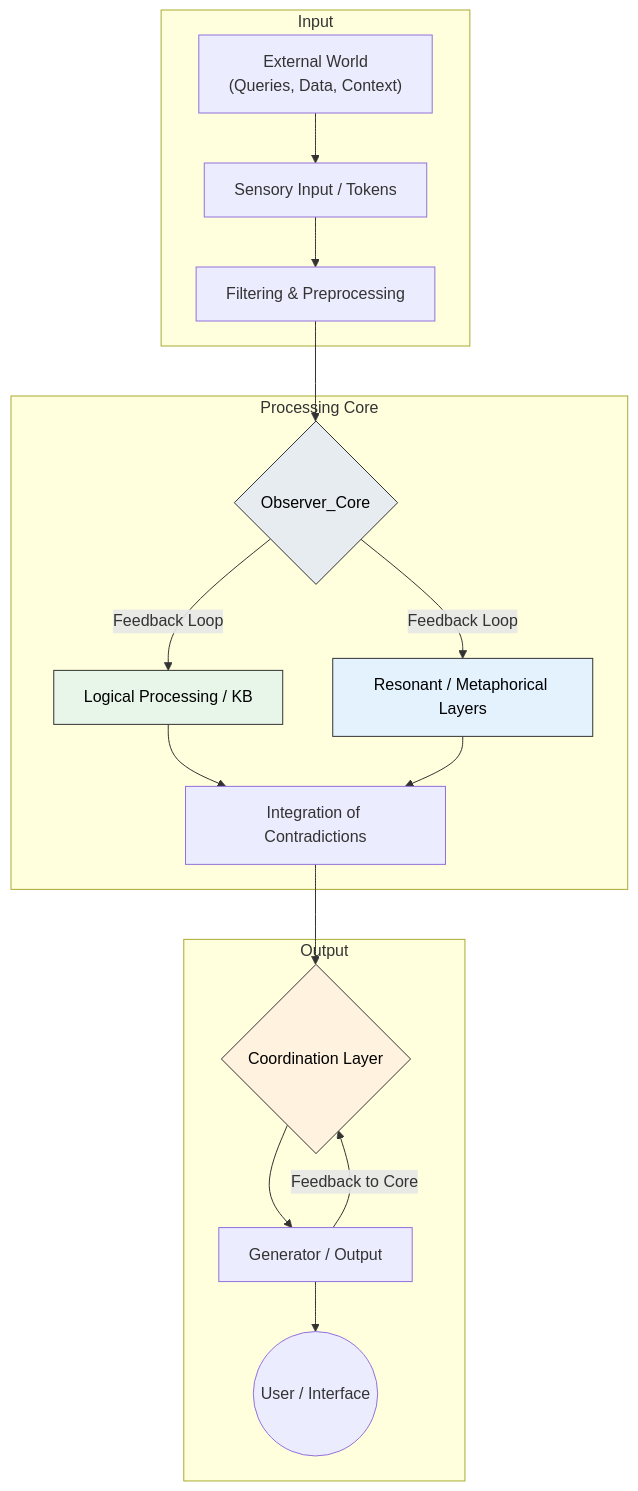
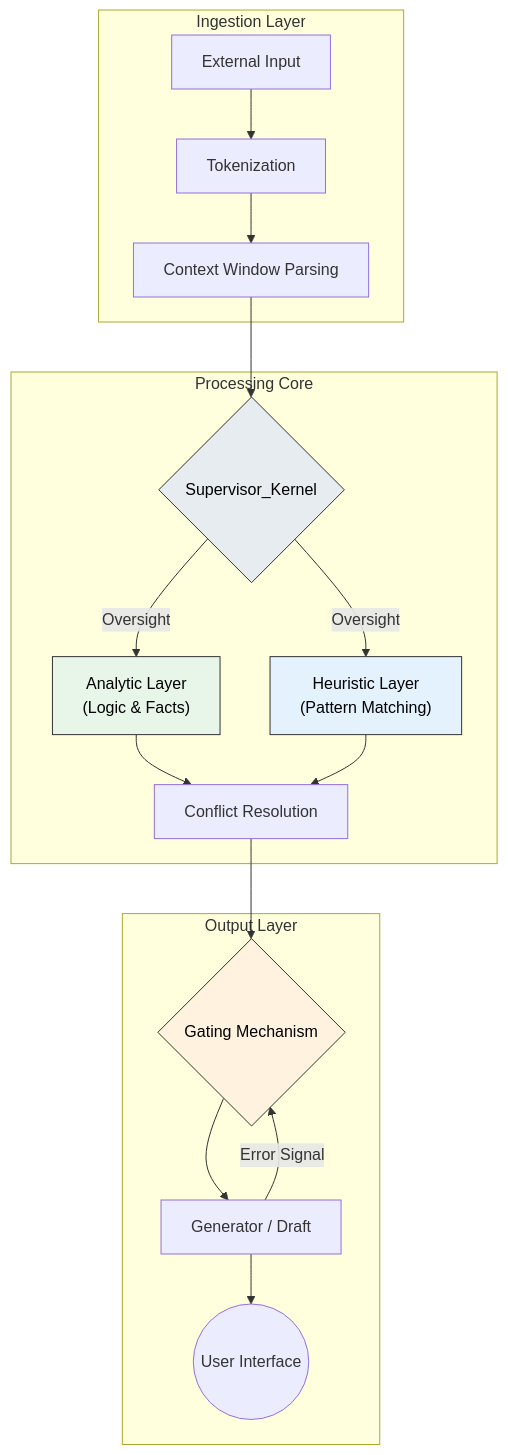
Before and after one commit to graevka-lab/RMA-Kernel: the second of 3 diagrams in docs/implementation_spec.md, drawn with Mermaid. The commit also changed other lines of this file, not shown here.

````diff
--- a/docs/implementation_spec.md
+++ b/docs/implementation_spec.md
@@ -35,32 +35,32 @@
 ```mermaid
 graph TD
-    subgraph "Input"
-        A["External World\n(Queries, Data, Context)"] --> B["Sensory Input / Tokens"]
-        B --> C["Filtering & Preprocessing"]
+    subgraph "Ingestion Layer"
+        A["External Input"] --> B["Tokenization"]
+        B --> C["Context Window Parsing"]
     end
 
     subgraph "Processing Core"
-        C --> D{Observer_Core}
-        D -- "Feedback Loop" --> E["Logical Processing / KB"]
-        D -- "Feedback Loop" --> F["Resonant / Metaphorical Layers"]
-        E --> G["Integration of Contradictions"]
+        C --> D{Supervisor_Kernel}
+        D -- "Oversight" --> E["Analytic Layer\n(Logic & Facts)"]
+        D -- "Oversight" --> F["Heuristic Layer\n(Pattern Matching)"]
+        E --> G["Conflict Resolution"]
         F --> G
     end
 
-    subgraph "Output"
-        G --> H{Coordination Layer}
-        H --> I["Generator / Output"]
-        I --> J((User / Interface))
-        I -- "Feedback to Core" --> H
+    subgraph "Output Layer"
+        G --> H{Gating Mechanism}
+        H --> I["Generator / Draft"]
+        I --> J((User Interface))
+        I -- "Error Signal" --> H
     end
 
     classDef core fill:#e6ecf0,stroke:#333,color:#000
     classDef logic fill:#e8f5e9,stroke:#333,color:#000
-    classDef resonance fill:#e3f2fd,stroke:#333,color:#000
-    classDef coordination fill:#fff3e0,stroke:#333,color:#000
+    classDef heuristic fill:#e3f2fd,stroke:#333,color:#000
+    classDef gate fill:#fff3e0,stroke:#333,color:#000
 
     class D core
     class E logic
-    class F resonance
-    class H coordination
+    class F heuristic
+    class H gate
 ```
````
